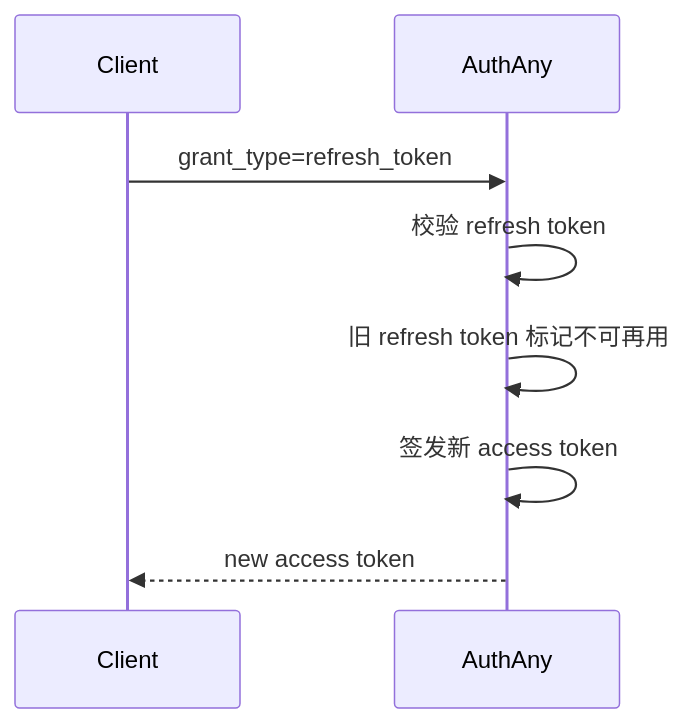
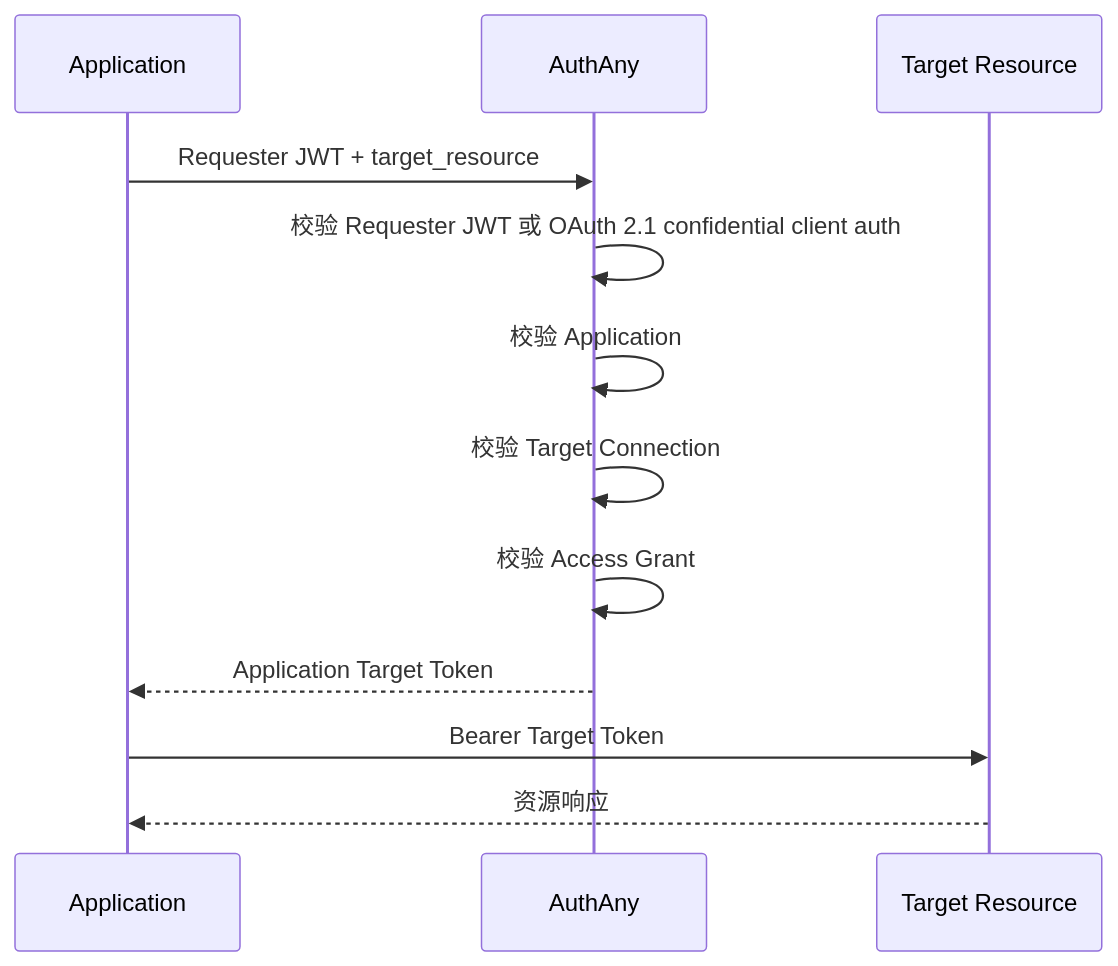
The second of 6 diagrams in specs/15-ALL-FLOWS.md (renxqoo/Authany), drawn with Mermaid before and after one commit. The commit also changed other lines of this file and 310 other files, not shown here.

Commit message:
feat: harden security flows and reorganize example apps

````diff
--- a/specs/15-ALL-FLOWS.md
+++ b/specs/15-ALL-FLOWS.md
@@ -57,11 +35,15 @@
 ```mermaid
 sequenceDiagram
-    participant C as Client
+    participant APP as Application
     participant A as AuthAny
+    participant T as Target Resource
 
-    C->>A: grant_type=refresh_token
-    A->>A: 校验 refresh token
-    A->>A: 旧 refresh token 标记不可再用
-    A->>A: 签发新 access token
-    A-->>C: new access token
+    APP->>A: Requester JWT + target_resource
+    A->>A: 校验 Requester JWT 或 OAuth 2.1 confidential client auth
+    A->>A: 校验 Application
+    A->>A: 校验 Target Connection
+    A->>A: 校验 Access Grant
+    A-->>APP: Application Target Token
+    APP->>T: Bearer Target Token
+    T-->>APP: 资源响应
 ```
````
